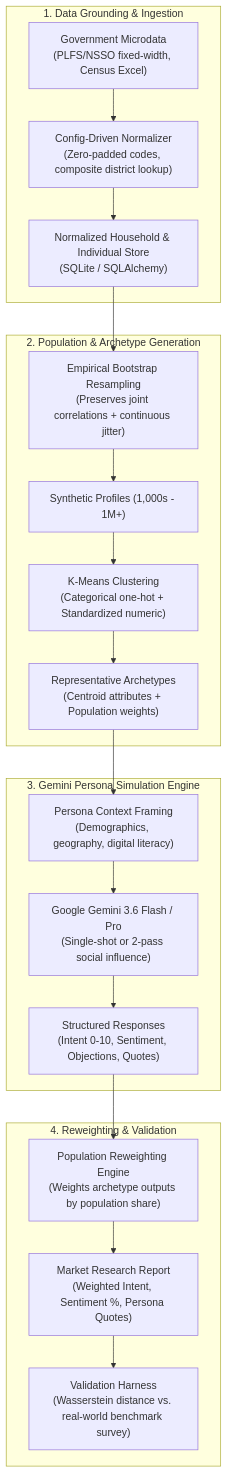
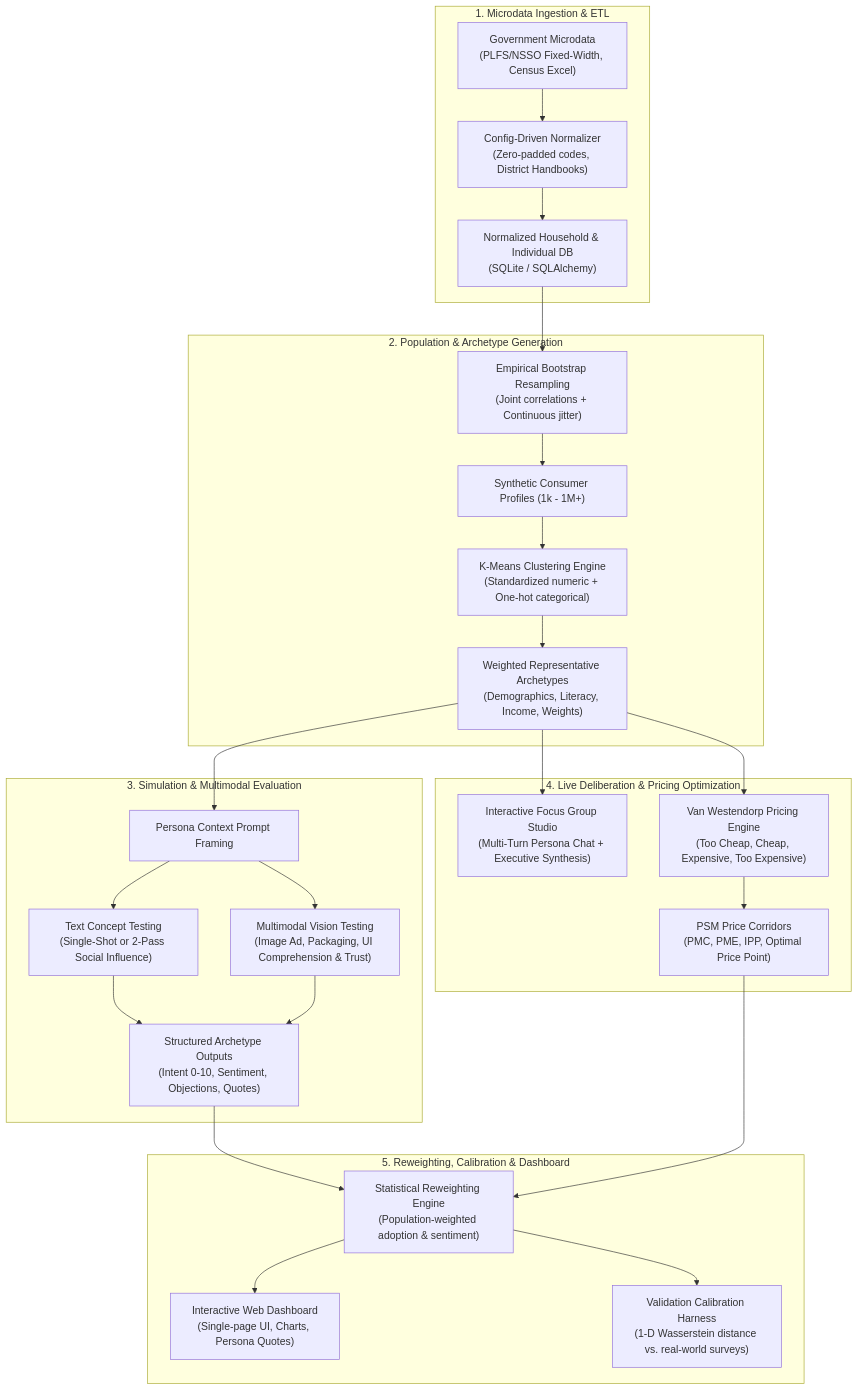
One commit to Nikhil4002-50-82/Market-Research changed the diagram in README.md. Above: the diagram before and after it, drawn with Mermaid. The commit also changed other lines of this file and 1 other file, not shown here.

````diff
--- a/README.md
+++ b/README.md
@@ -22,26 +24,48 @@
 ```mermaid
 flowchart TD
-    subgraph DataSourcing ["1. Data Grounding & Ingestion"]
-        A1["Government Microdata\n(PLFS/NSSO fixed-width, Census Excel)"] --> A2["Config-Driven Normalizer\n(Zero-padded codes, composite district lookup)"]
-        A2 --> A3["Normalized Household & Individual Store\n(SQLite / SQLAlchemy)"]
+    subgraph S1 ["1. Microdata Ingestion & ETL"]
+        A1["Government Microdata
+(PLFS/NSSO Fixed-Width, Census Excel)"] --> A2["Config-Driven Normalizer
+(Zero-padded codes, District Handbooks)"]
+        A2 --> A3["Normalized Household & Individual DB
+(SQLite / SQLAlchemy)"]
     end
 
-    subgraph SamplingAndClustering ["2. Population & Archetype Generation"]
-        A3 --> B1["Empirical Bootstrap Resampling\n(Preserves joint correlations + continuous jitter)"]
-        B1 --> B2["Synthetic Profiles (1,000s - 1M+)"]
-        B2 --> B3["K-Means Clustering\n(Categorical one-hot + Standardized numeric)"]
-        B3 --> B4["Representative Archetypes\n(Centroid attributes + Population weights)"]
+    subgraph S2 ["2. Population & Archetype Generation"]
+        A3 --> B1["Empirical Bootstrap Resampling
+(Joint correlations + Continuous jitter)"]
+        B1 --> B2["Synthetic Consumer Profiles (1k - 1M+)"]
+        B2 --> B3["K-Means Clustering Engine
+(Standardized numeric + One-hot categorical)"]
+        B3 --> B4["Weighted Representative Archetypes
+(Demographics, Literacy, Income, Weights)"]
     end
 
-    subgraph LLMSimulation ["3. Gemini Persona Simulation Engine"]
-        B4 --> C1["Persona Context Framing\n(Demographics, geography, digital literacy)"]
-        C1 --> C2["Google Gemini 3.6 Flash / Pro\n(Single-shot or 2-pass social influence)"]
-        C2 --> C3["Structured Responses\n(Intent 0-10, Sentiment, Objections, Quotes)"]
+    subgraph S3 ["3. Simulation & Multimodal Evaluation"]
+        B4 --> C1["Persona Context Prompt Framing"]
+        C1 --> C2["Text Concept Testing
+(Single-Shot or 2-Pass Social Influence)"]
+        C1 --> C3["Multimodal Vision Testing
+(Image Ad, Packaging, UI Comprehension & Trust)"]
+        C2 & C3 --> C4["Structured Archetype Outputs
+(Intent 0-10, Sentiment, Objections, Quotes)"]
     end
 
-    subgraph AnalyticsValidation ["4. Reweighting & Validation"]
-        C3 --> D1["Population Reweighting Engine\n(Weights archetype outputs by population share)"]
-        D1 --> D2["Market Research Report\n(Weighted Intent, Sentiment %, Persona Quotes)"]
-        D2 --> D3["Validation Harness\n(Wasserstein distance vs. real-world benchmark survey)"]
+    subgraph S4 ["4. Live Deliberation & Pricing Optimization"]
+        B4 --> D1["Interactive Focus Group Studio
+(Multi-Turn Persona Chat + Executive Synthesis)"]
+        B4 --> D2["Van Westendorp Pricing Engine
+(Too Cheap, Cheap, Expensive, Too Expensive)"]
+        D2 --> D3["PSM Price Corridors
+(PMC, PME, IPP, Optimal Price Point)"]
+    end
+
+    subgraph S5 ["5. Reweighting, Calibration & Dashboard"]
+        C4 & D3 --> E1["Statistical Reweighting Engine
+(Population-weighted adoption & sentiment)"]
+        E1 --> E2["Interactive Web Dashboard
+(Single-page UI, Charts, Persona Quotes)"]
+        E1 --> E3["Validation Calibration Harness
+(1-D Wasserstein distance vs. real-world surveys)"]
     end
 ```
````
